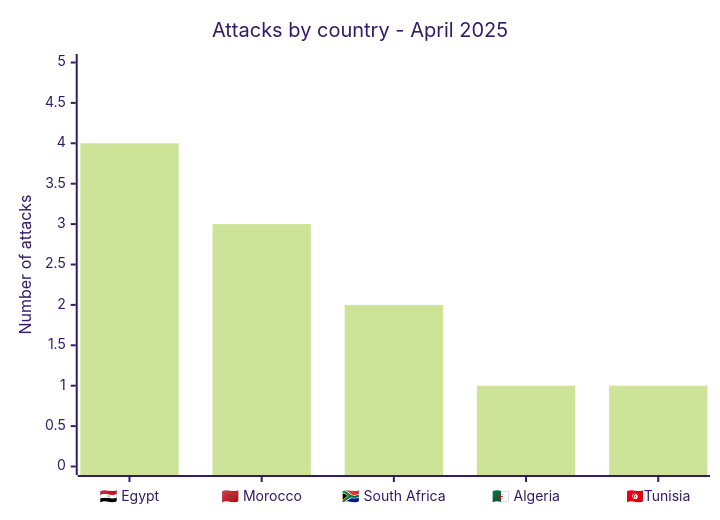
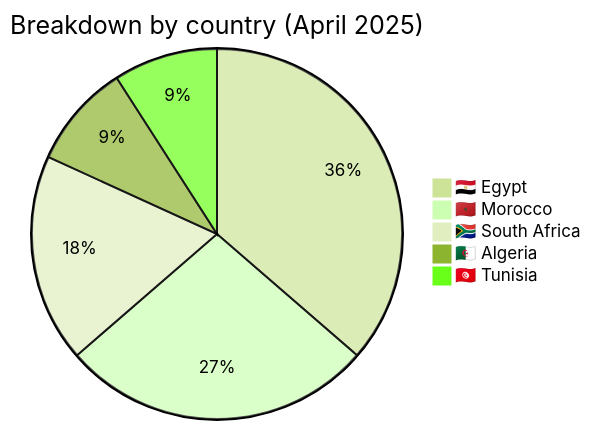
The third of 5 diagrams in reports/2025/04-april/README.md (Hatchepsoute/AFRINTEL), drawn with Mermaid (forest theme) before and after one commit. The commit also changed other lines of this file and 3 other files, not shown here.

````diff
--- a/reports/2025/04-april/README.md
+++ b/reports/2025/04-april/README.md
@@ -70,7 +81,8 @@
 ```mermaid
-xychart-beta
-    title "Attacks by country - April 2025"
-    x-axis ["🇪🇬 Egypt", "🇲🇦  Morocco", "🇿🇦 South Africa", "🇩🇿 Algeria", "🇹🇳Tunisia"]
-    y-axis "Number of attacks" 0 --> 5
-    bar [4, 3, 2, 1, 1]
+pie title Breakdown by country (April 2025)
+    "🇪🇬 Egypt" : 4
+    "🇲🇦 Morocco" : 3
+    "🇿🇦 South Africa" : 2
+    "🇩🇿 Algeria" : 1
+    "🇹🇳 Tunisia" : 1
 ```
````
